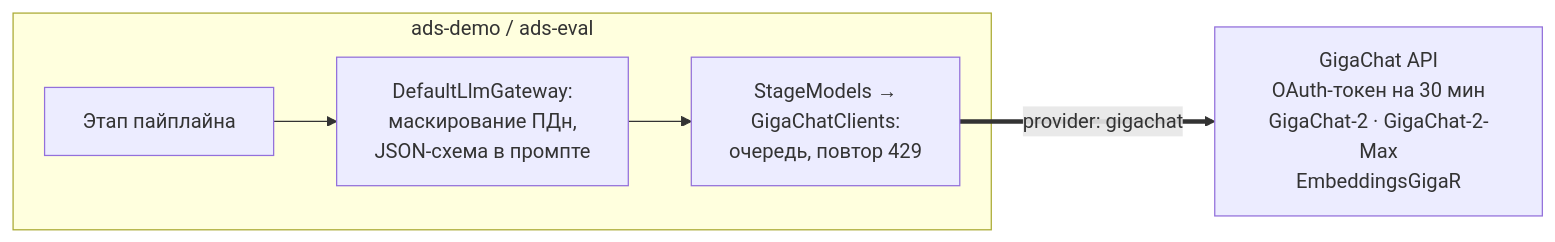
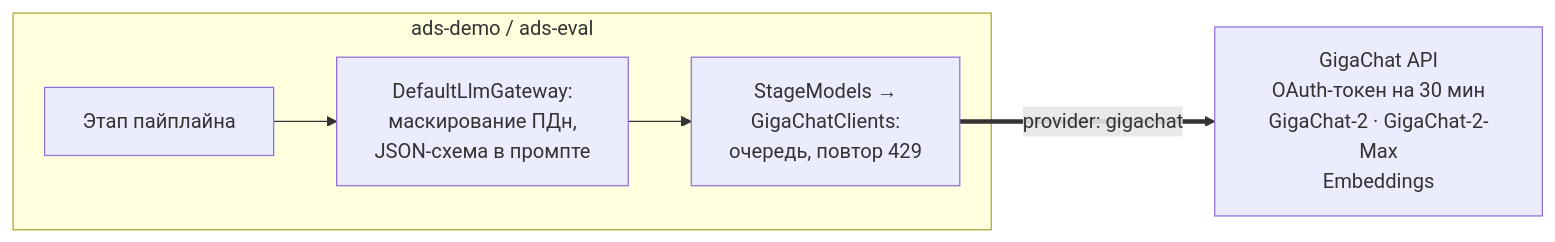
Before and after one commit to leavesbasil/artb: the third of 3 diagrams in docs/design.md, drawn with Mermaid. The commit also changed other lines of this file and 3 other files, not shown here.

````diff
--- a/docs/design.md
+++ b/docs/design.md
@@ -316,7 +316,7 @@
 ```mermaid
 flowchart LR
   subgraph app["ads-demo / ads-eval"]
     ST[Этап пайплайна] --> GW[DefaultLlmGateway:<br/>маскирование ПДн,<br/>JSON-схема в промпте] --> SM[StageModels →<br/>GigaChatClients:<br/>очередь, повтор 429]
   end
-  SM == "provider: gigachat" ==> GC[GigaChat API<br/>OAuth-токен на 30 мин<br/>GigaChat-2 · GigaChat-2-Max<br/>EmbeddingsGigaR]
+  SM == "provider: gigachat" ==> GC[GigaChat API<br/>OAuth-токен на 30 мин<br/>GigaChat-2 · GigaChat-2-Max<br/>Embeddings]
 ```
````
